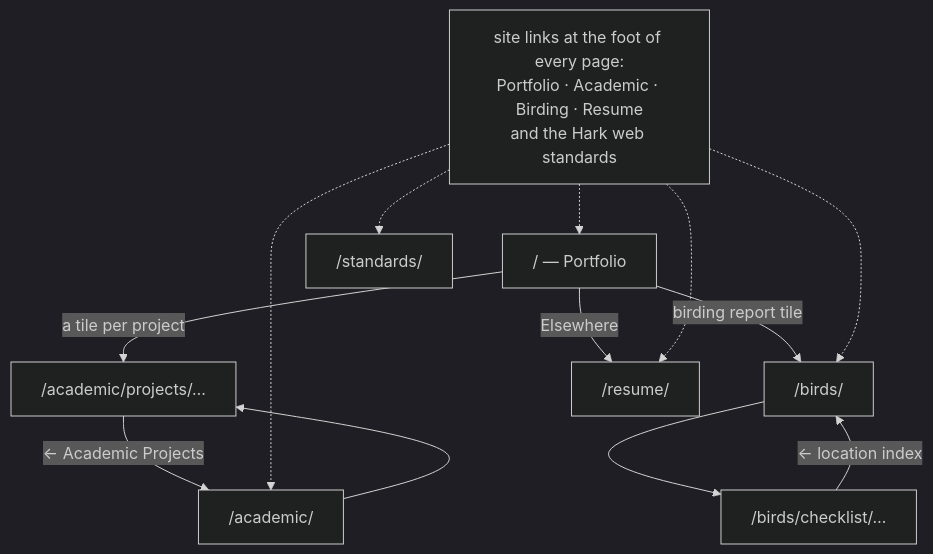
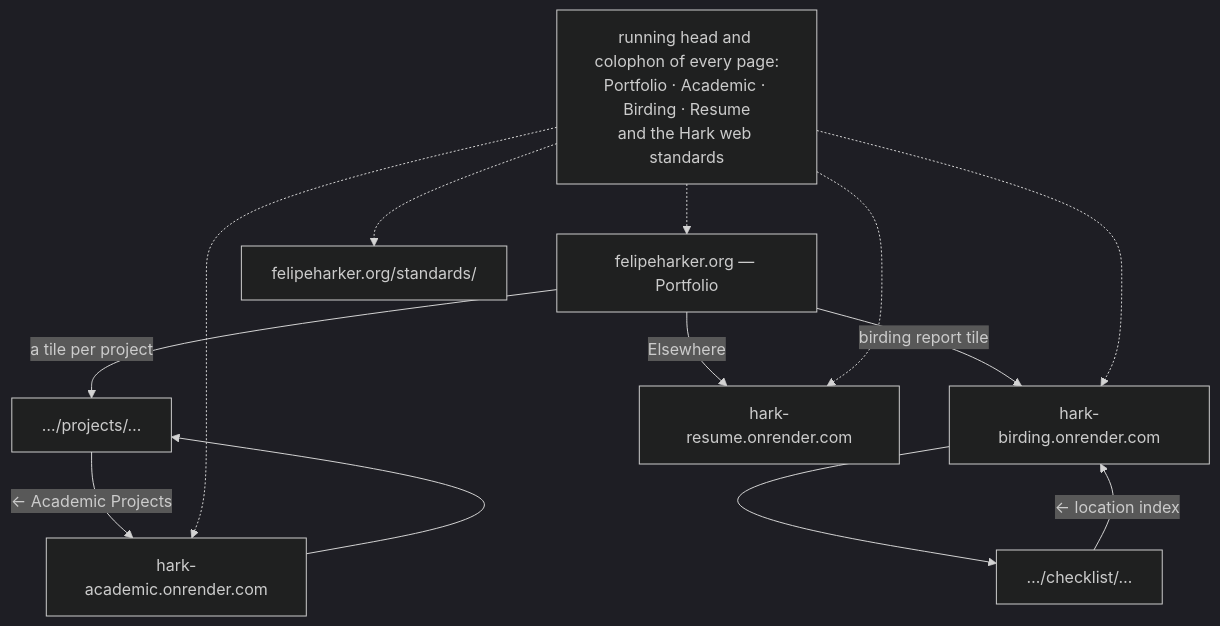
Before and after one commit to felipeharker/hark: the sixth of 6 diagrams in ARCHITECTURE.md, drawn with Mermaid (dark theme). The commit also changed other lines of this file and 111 other files, not shown here.

First line of the commit message:
hark_web: the portfolio and the standard; academic, birding and resume move out

````diff
--- a/ARCHITECTURE.md
+++ b/ARCHITECTURE.md
@@ -190,21 +175,21 @@
 ```mermaid
 flowchart TB
-  home["/ — Portfolio"]
-  acad["/academic/"]
-  proj["/academic/projects/…"]
-  birds["/birds/"]
-  check["/birds/checklist/…"]
-  resume["/resume/"]
-  std["/standards/"]
+  home["felipeharker.org — Portfolio"]
+  acad["hark-academic.onrender.com"]
+  proj["…/projects/…"]
+  birds["hark-birding.onrender.com"]
+  check["…/checklist/…"]
+  resume["hark-resume.onrender.com"]
+  std["felipeharker.org/standards/"]
 
   home -- "a tile per project" --> proj
   home -- "birding report tile" --> birds
   home -- "Elsewhere" --> resume
   acad --> proj
   proj -- "← Academic Projects" --> acad
   birds --> check
   check -- "← location index" --> birds
 
-  footer["site links at the foot of every page:<br/>Portfolio · Academic · Birding · Resume<br/>and the Hark web standards"]
+  footer["running head and colophon of every page:<br/>Portfolio · Academic · Birding · Resume<br/>and the Hark web standards"]
   footer -.-> home & acad & birds & resume & std
 ```
````
